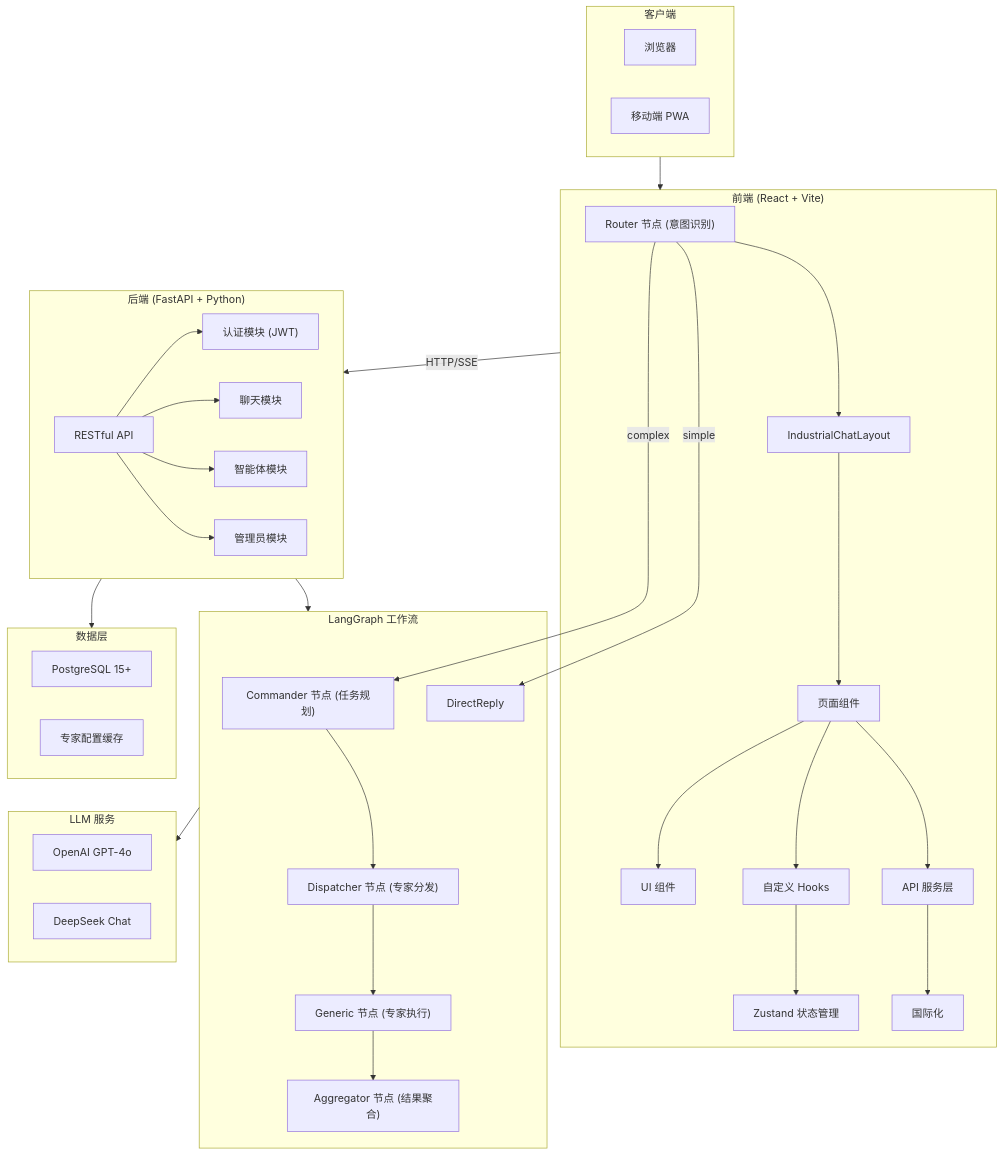
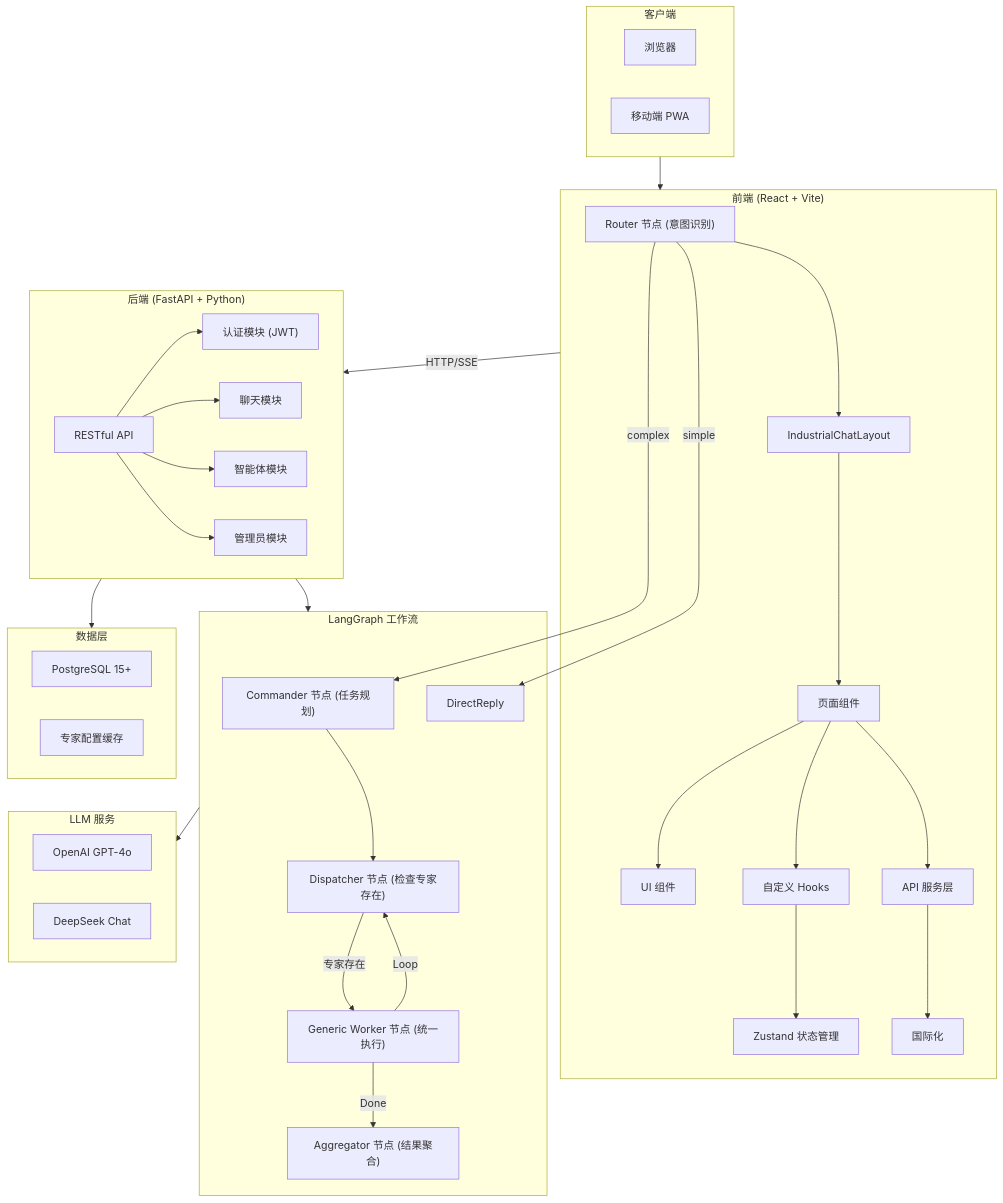
One commit to alex1987chn/xpouch-ai changed the diagram in README.md. Above: the diagram before and after it, drawn with Mermaid. The commit also changed other lines of this file, not shown here.

````diff
--- a/README.md
+++ b/README.md
@@ -189,69 +218,70 @@
 ```mermaid
 graph TB
     subgraph Client["客户端"]
         Browser["浏览器"]
         Mobile["移动端 PWA"]
     end
 
     subgraph Frontend["前端 (React + Vite)"]
         Router["React Router 7"]
         Layouts["IndustrialChatLayout"]
         Pages["页面组件"]
         Components["UI 组件"]
         Store["Zustand 状态管理"]
         Hooks["自定义 Hooks"]
         Services["API 服务层"]
         I18n["国际化"]
 
         Router --> Layouts
         Layouts --> Pages
         Pages --> Components
         Pages --> Hooks
         Hooks --> Store
         Pages --> Services
         Services --> I18n
     end
 
     subgraph Backend["后端 (FastAPI + Python)"]
         API["RESTful API"]
         Auth["认证模块 (JWT)"]
         Chat["聊天模块"]
         Agents["智能体模块"]
         Admin["管理员模块"]
 
         API --> Auth
         API --> Chat
         API --> Agents
         API --> Admin
     end
 
     subgraph LangGraph["LangGraph 工作流"]
         Router["Router 节点 (意图识别)"]
         Commander["Commander 节点 (任务规划)"]
-        Dispatcher["Dispatcher 节点 (专家分发)"]
-        Generic["Generic 节点 (专家执行)"]
+        Dispatcher["Dispatcher 节点 (检查专家存在)"]
+        Generic["Generic Worker 节点 (统一执行)"]
         Aggregator["Aggregator 节点 (结果聚合)"]
 
         Router --> |simple| DirectReply
         Router --> |complex| Commander
         Commander --> Dispatcher
-        Dispatcher --> Generic
-        Generic --> Aggregator
+        Dispatcher --> |专家存在| Generic
+        Generic --> |Loop| Dispatcher
+        Generic --> |Done| Aggregator
     end
 
     subgraph Database["数据层"]
         PostgreSQL["PostgreSQL 15+"]
         Cache["专家配置缓存"]
     end
 
     subgraph LLM["LLM 服务"]
         OpenAI["OpenAI GPT-4o"]
         DeepSeek["DeepSeek Chat"]
     end
 
     Client --> Frontend
     Frontend --> |HTTP/SSE| Backend
     Backend --> LangGraph
     Backend --> Database
     LangGraph --> LLM
 ```
````
